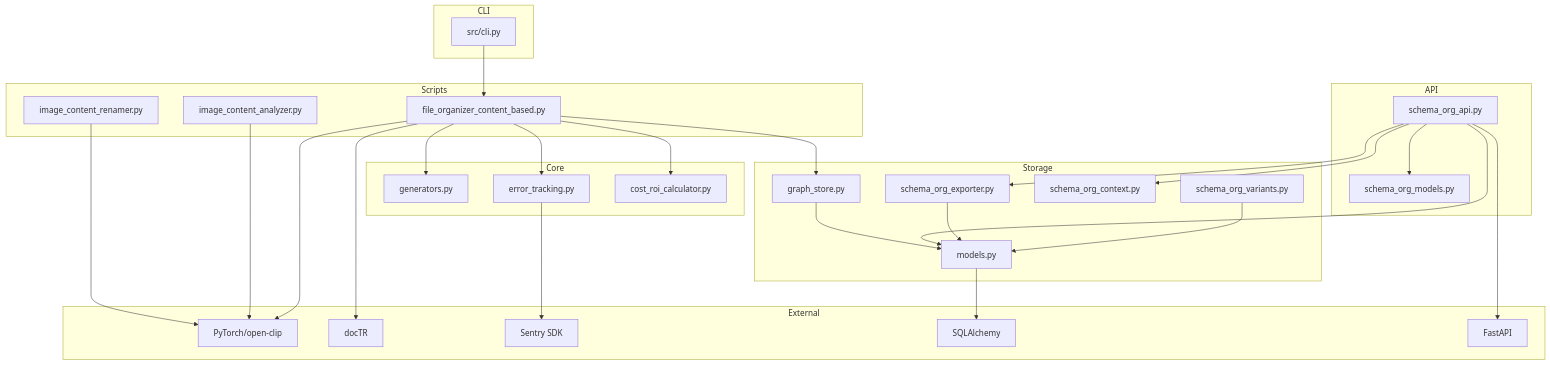
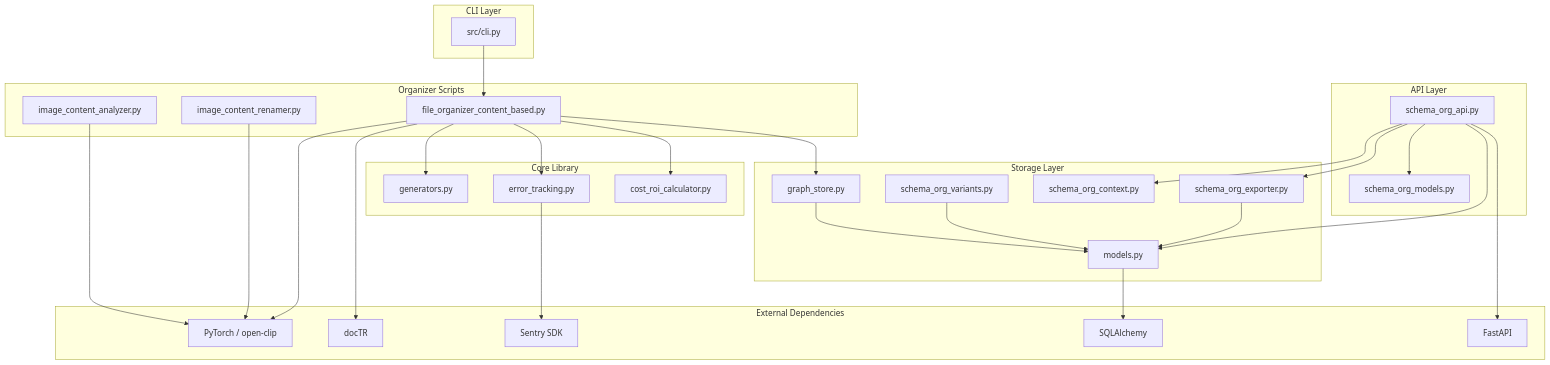
The fourth of 4 diagrams in README.md (aledlie/schema-org-file-system), drawn with Mermaid before and after one commit. The commit also changed other lines of this file and 1 other file, not shown here.

First line of the commit message:
docs: update README flowchart and add GAME_SPRITE_KEYWORDS backlog item

````diff
--- a/README.md
+++ b/README.md
@@ -304,50 +347,63 @@
 ```mermaid
 graph TB
-    subgraph CLI
+    subgraph CLI["CLI Layer"]
         cli[src/cli.py]
     end
 
-    subgraph API
+    subgraph API["API Layer"]
         soa[schema_org_api.py]
         som[schema_org_models.py]
     end
 
-    subgraph Scripts
+    subgraph Scripts["Organizer Scripts"]
         foc[file_organizer_content_based.py]
         icr[image_content_renamer.py]
         ica[image_content_analyzer.py]
     end
 
-    subgraph Core
+    subgraph Core["Core Library"]
         gen[generators.py]
         err[error_tracking.py]
         cost[cost_roi_calculator.py]
     end
 
-    subgraph Storage
+    subgraph Storage["Storage Layer"]
         gs[graph_store.py]
         models[models.py]
         exp[schema_org_exporter.py]
         ctx[schema_org_context.py]
         var[schema_org_variants.py]
     end
 
-    subgraph External
-        torch[PyTorch/open-clip]
+    subgraph External["External Dependencies"]
+        torch[PyTorch / open-clip]
         doctr[docTR]
         sentry[Sentry SDK]
         sa[SQLAlchemy]
         fa[FastAPI]
     end
 
     cli --> foc
-    foc --> gen & err & cost & gs
-    icr & ica --> torch
-    gs --> models --> sa
-    err --> sentry
-    foc --> torch & doctr
-    soa --> exp & ctx & models & som
+
+    foc --> gen
+    foc --> err
+    foc --> cost
+    foc --> gs
+    foc --> torch
+    foc --> doctr
+
+    icr --> torch
+    ica --> torch
+
+    soa --> exp
+    soa --> ctx
+    soa --> models
+    soa --> som
     soa --> fa
+
     exp --> models
     var --> models
+    gs --> models
+    models --> sa
+    err --> sentry
 ```
````
